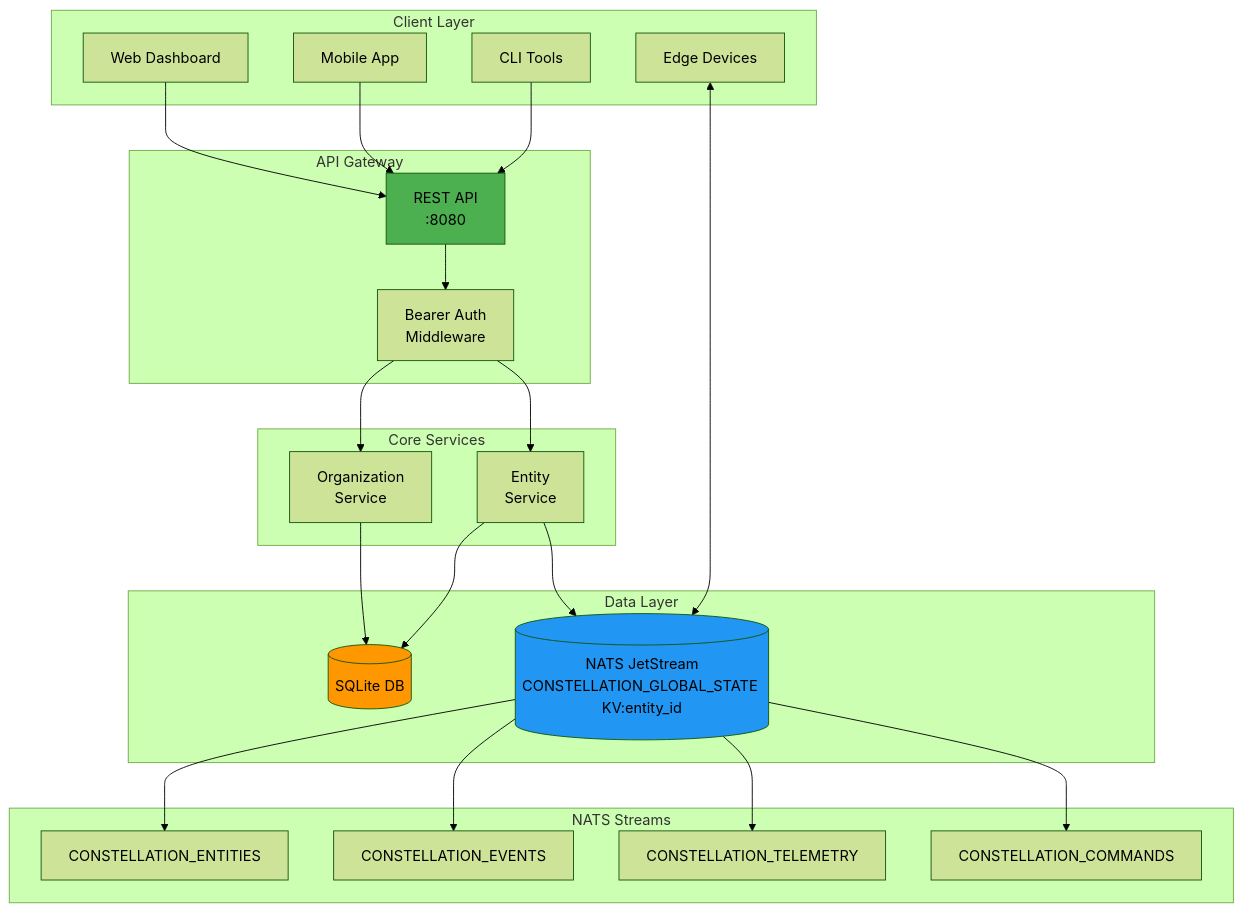
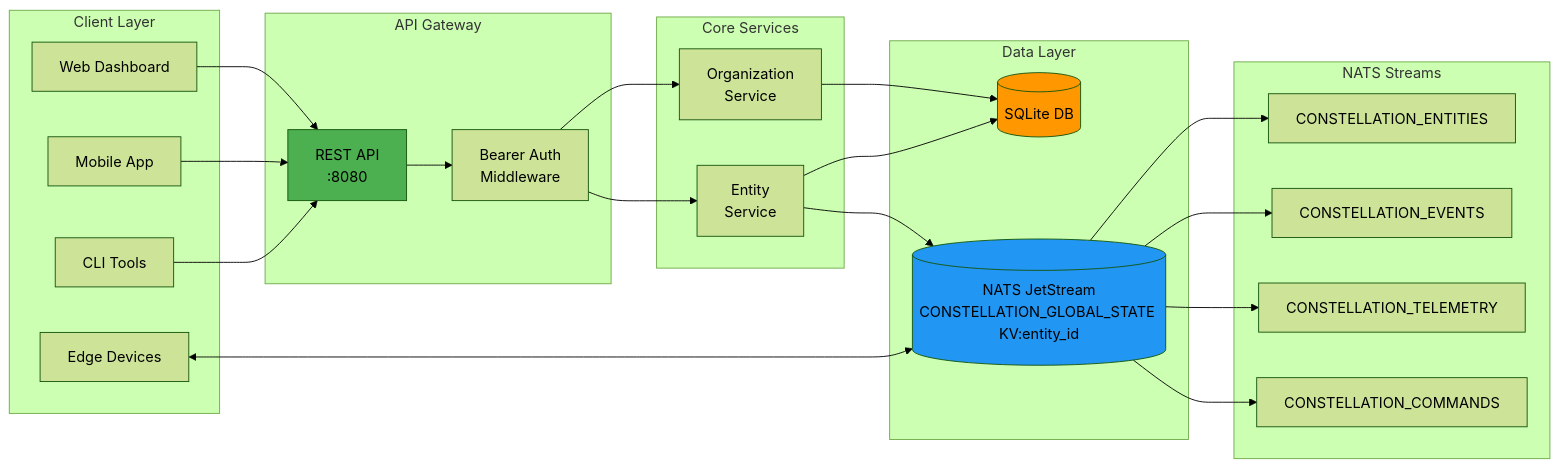
The first of 2 diagrams in README.md (xznhj8129/constellation-overwatch), drawn with Mermaid (forest theme) before and after one commit.

Commit message:
copy: adjust diagram

````diff
--- a/README.md
+++ b/README.md
@@ -59,43 +59,43 @@
 ```mermaid
-graph TB
+graph LR
     subgraph "Client Layer"
         C1[Web Dashboard]
         C2[Mobile App]
         C3[CLI Tools]
         C4[Edge Devices]
     end
     
     subgraph "API Gateway"
         API[REST API<br/>:8080]
         AUTH[Bearer Auth<br/>Middleware]
     end
     
     subgraph "Core Services"
         OS[Organization<br/>Service]
         ES[Entity<br/>Service]
     end
     
     subgraph "Data Layer"
         DB[(SQLite DB)]
         NATS[(NATS JetStream<br/>CONSTELLATION_GLOBAL_STATE KV:entity_id)]
     end
     
     subgraph "NATS Streams"
         S1[CONSTELLATION_ENTITIES]
         S2[CONSTELLATION_EVENTS]
         S3[CONSTELLATION_TELEMETRY]
         S4[CONSTELLATION_COMMANDS]
     end
     
     C1 & C2 & C3 --> API
     C4 <--> NATS
     API --> AUTH
     AUTH --> OS & ES
     OS & ES --> DB
     ES --> NATS
     NATS --> S1 & S2 & S3 & S4
     
     style API fill:#4CAF50
     style NATS fill:#2196F3
     style DB fill:#FF9800
 ```
````
